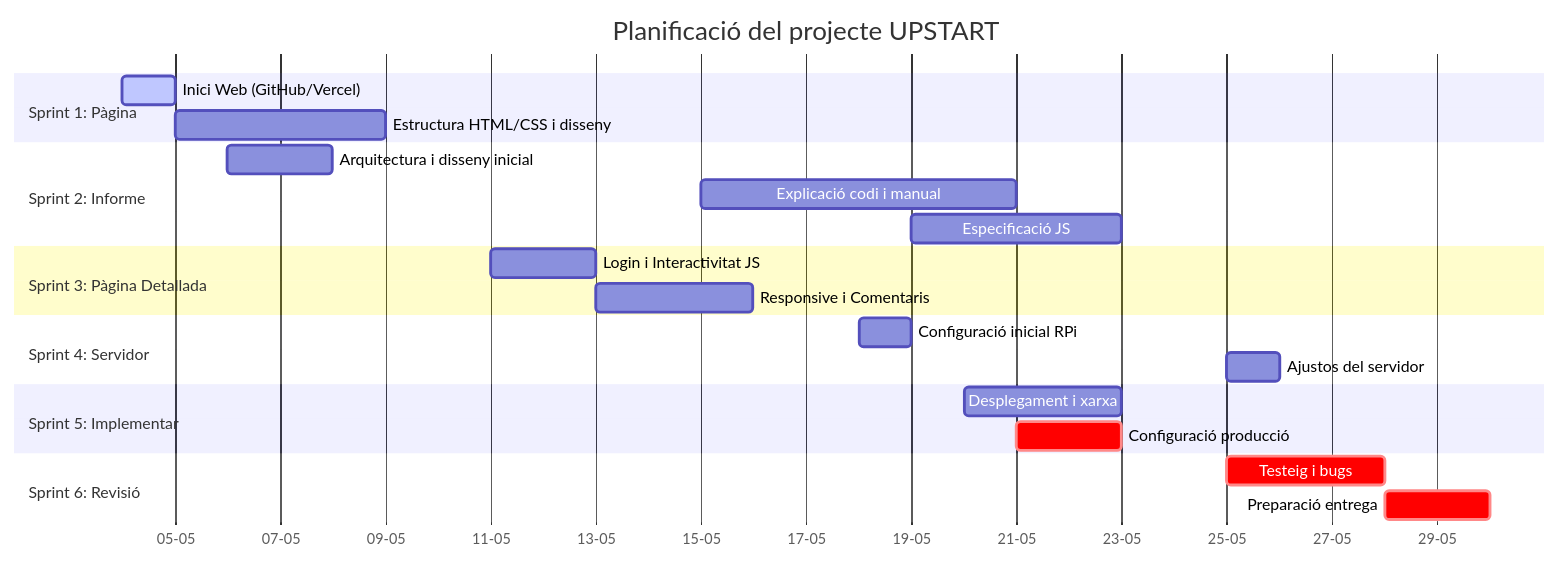
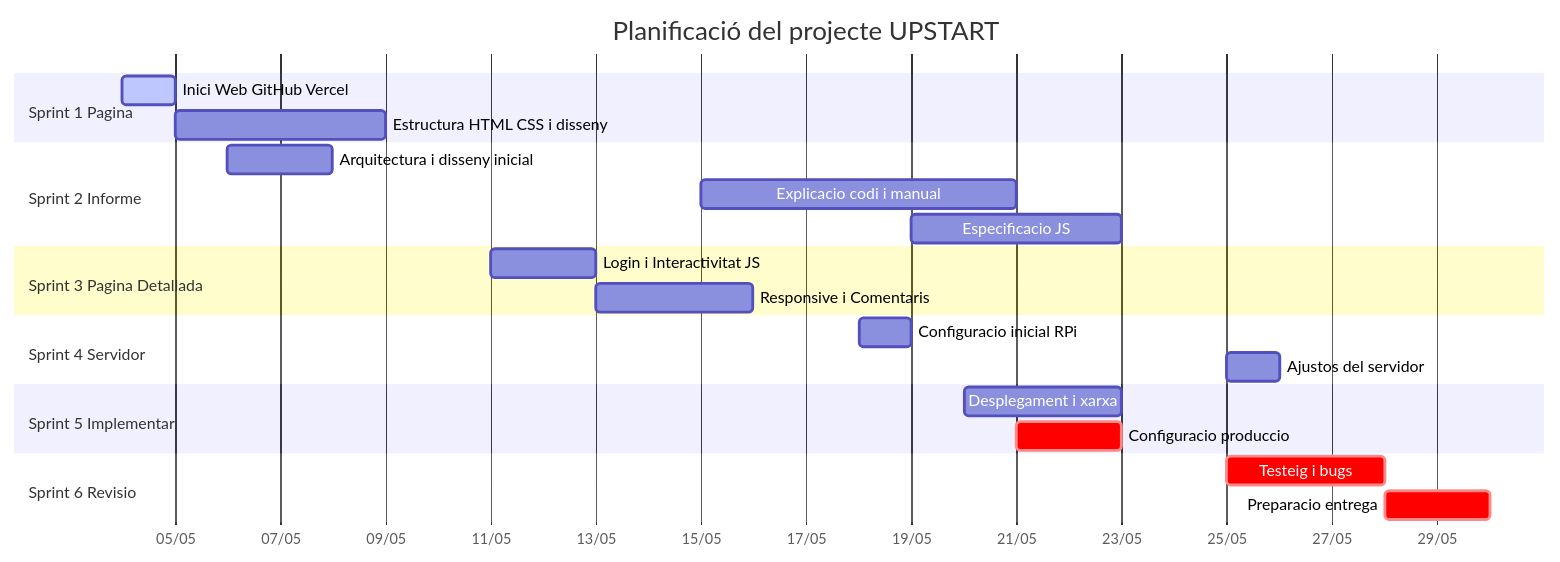
The diagram in README.md (Sukhdeep777/upstart), drawn with Mermaid before and after one commit.

Commit message:
ASDASDASDASD

````diff
--- a/README.md
+++ b/README.md
@@ -2,32 +2,31 @@
 ```mermaid
 gantt
     title Planificació del projecte UPSTART
     dateFormat  YYYY-MM-DD
-    axisFormat  %d-%m
-    
-    section Sprint 1: Pàgina
-    Inici Web (GitHub/Vercel)       :active, s1t1, 2026-05-04, 1d
-    Estructura HTML/CSS i disseny   :s1t2, after s1t1, 4d
+    axisFormat  %d/%m
 
-    section Sprint 2: Informe
+    section Sprint 1 Pagina
+    Inici Web GitHub Vercel        :active, s1t1, 2026-05-04, 1d
+    Estructura HTML CSS i disseny  :s1t2, after s1t1, 4d
+
+    section Sprint 2 Informe
     Arquitectura i disseny inicial :s2t1, 2026-05-06, 2d
-    Explicació codi i manual        :s2t2, 2026-05-15, 6d
-    Especificació JS                :s2t3, 2026-05-19, 4d
+    Explicacio codi i manual       :s2t2, 2026-05-15, 6d
+    Especificacio JS               :s2t3, 2026-05-19, 4d
 
-    section Sprint 3: Pàgina Detallada
-    Login i Interactivitat JS       :s3t1, 2026-05-11, 2d
-    Responsive i Comentaris         :s3t2, 2026-05-13, 3d
+    section Sprint 3 Pagina Detallada
+    Login i Interactivitat JS      :s3t1, 2026-05-11, 2d
+    Responsive i Comentaris        :s3t2, 2026-05-13, 3d
 
-    section Sprint 4: Servidor
-    Configuració inicial RPi        :s4t1, 2026-05-18, 1d
-    Ajustos del servidor            :s4t2, 2026-05-25, 1d
+    section Sprint 4 Servidor
+    Configuracio inicial RPi       :s4t1, 2026-05-18, 1d
+    Ajustos del servidor           :s4t2, 2026-05-25, 1d
 
-    section Sprint 5: Implementar
-    Desplegament i xarxa            :s5t1, 2026-05-20, 3d
-    Configuració producció          :crit, s5t2, 2026-05-21, 2d
+    section Sprint 5 Implementar
+    Desplegament i xarxa           :s5t1, 2026-05-20, 3d
+    Configuracio produccio         :crit, s5t2, 2026-05-21, 2d
 
-    section Sprint 6: Revisió
-    Testeig i bugs                  :crit, s6t1, 2026-05-25, 3d
-    Preparació entrega              :crit, s6t2, 2026-05-28, 2d
-
+    section Sprint 6 Revisio
+    Testeig i bugs                 :crit, s6t1, 2026-05-25, 3d
+    Preparacio entrega             :crit, s6t2, 2026-05-28, 2d
 ```
````
